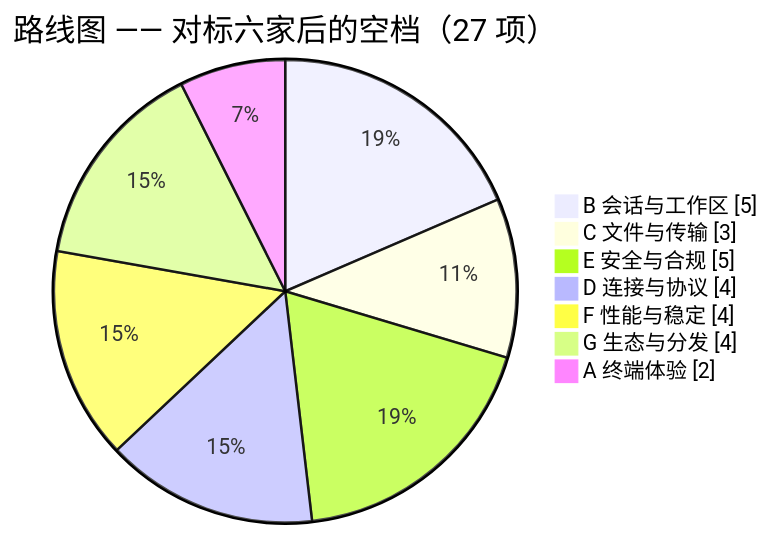
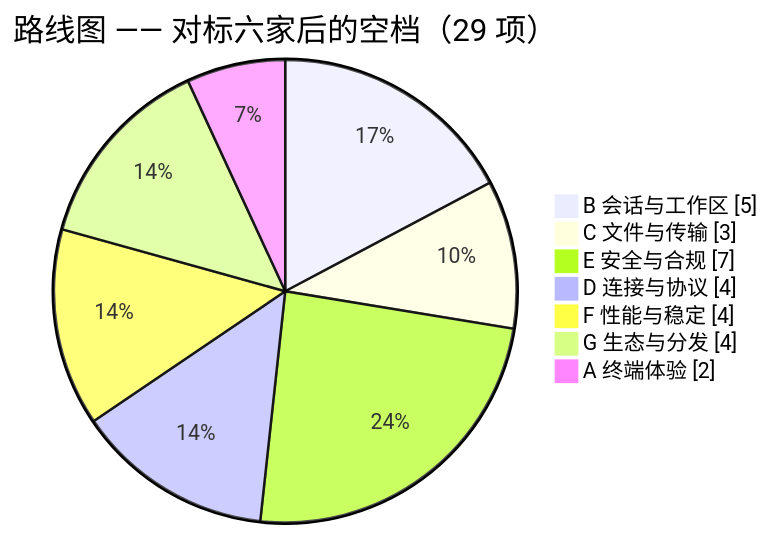
One commit to joesdu/VelaShell changed the second of 2 diagrams in feature-plan.md. Above: the diagram before and after it, drawn with Mermaid. The commit also changed other lines of this file and 127 other files, not shown here.

````diff
--- a/feature-plan.md
+++ b/feature-plan.md
@@ -51,11 +51,11 @@
 ```mermaid
 pie showData
-    title 路线图 —— 对标六家后的空档（27 项）
+    title 路线图 —— 对标六家后的空档（29 项）
     "B 会话与工作区" : 5
     "C 文件与传输" : 3
-    "E 安全与合规" : 5
+    "E 安全与合规" : 7
     "D 连接与协议" : 4
     "F 性能与稳定" : 4
     "G 生态与分发" : 4
     "A 终端体验" : 2
 ```
````
